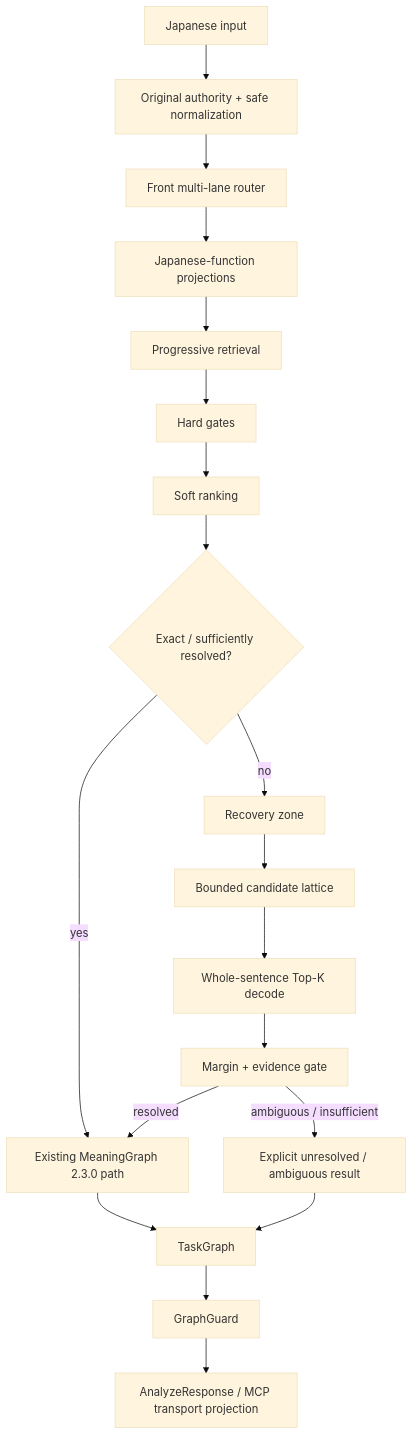
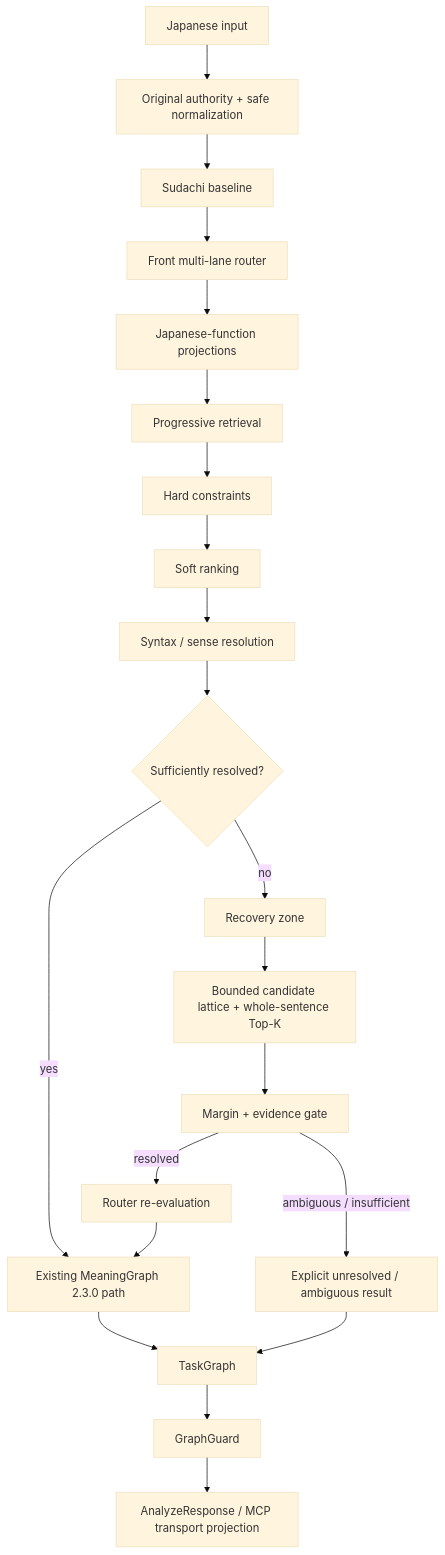
One commit to seigo-gace/Deterministic-Japanese-Parser-MCP changed the diagram in docs/PARSER_ARCHITECTURE.md. Above: the diagram before and after it, drawn with Mermaid (base theme). The commit also changed other lines of this file, not shown here.

Commit message:
docs: align parser architecture with current authority

````diff
--- a/docs/PARSER_ARCHITECTURE.md
+++ b/docs/PARSER_ARCHITECTURE.md
@@ -63,21 +63,23 @@
 ```mermaid
 flowchart TD
     A[Japanese input] --> B[Original authority + safe normalization]
-    B --> C[Front multi-lane router]
-    C --> D[Japanese-function projections]
-    D --> E[Progressive retrieval]
-    E --> F[Hard gates]
-    F --> G[Soft ranking]
-    G --> H{Exact / sufficiently resolved?}
-    H -->|yes| M[Existing MeaningGraph 2.3.0 path]
-    H -->|no| I[Recovery zone]
-    I --> J[Bounded candidate lattice]
-    J --> K[Whole-sentence Top-K decode]
-    K --> L[Margin + evidence gate]
-    L -->|resolved| M
-    L -->|ambiguous / insufficient| U[Explicit unresolved / ambiguous result]
+    B --> C[Sudachi baseline]
+    C --> D[Front multi-lane router]
+    D --> E[Japanese-function projections]
+    E --> F[Progressive retrieval]
+    F --> G[Hard constraints]
+    G --> H[Soft ranking]
+    H --> I[Syntax / sense resolution]
+    I --> J{Sufficiently resolved?}
+    J -->|yes| M[Existing MeaningGraph 2.3.0 path]
+    J -->|no| K[Recovery zone]
+    K --> L[Bounded candidate lattice + whole-sentence Top-K]
+    L --> Q[Margin + evidence gate]
+    Q -->|resolved| R[Router re-evaluation]
+    R --> M
+    Q -->|ambiguous / insufficient| U[Explicit unresolved / ambiguous result]
     M --> N[TaskGraph]
     U --> N
     N --> O[GraphGuard]
     O --> P[AnalyzeResponse / MCP transport projection]
 ```
````
